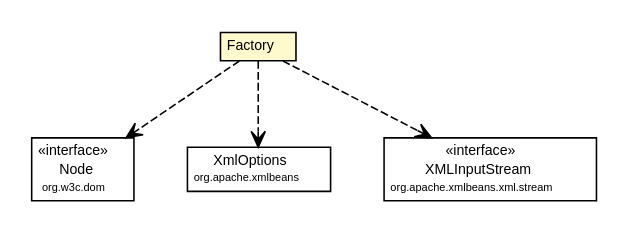
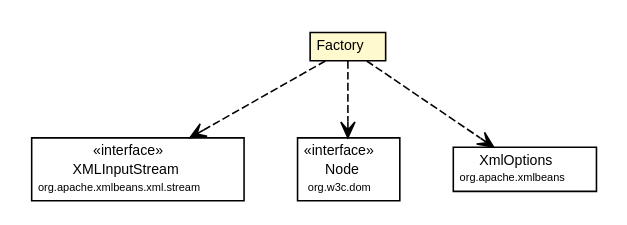
Before and after one commit to synchronoss/cpo-api: the diagram in site/apidocs/org/synchronoss/cpo/core/cpoCoreMeta/CtFunctionGroup.Factory.dot, drawn with Graphviz. The commit also changed 874 other files, not shown here.

```diff
--- a/site/apidocs/org/synchronoss/cpo/core/cpoCoreMeta/CtFunctionGroup.Factory.dot
+++ b/site/apidocs/org/synchronoss/cpo/core/cpoCoreMeta/CtFunctionGroup.Factory.dot
@@ -1,45 +1,45 @@
 #!/usr/local/bin/dot
 #
 # Class diagram 
 # Generated by UmlGraph version 4.6 (http://www.spinellis.gr/sw/umlgraph)
 #
 
 digraph G {
 	edge [fontname="Helvetica",fontsize=10,labelfontname="Helvetica",labelfontsize=10];
 	node [fontname="Helvetica",fontsize=10,shape=plaintext];
 	// org.synchronoss.cpo.core.cpoCoreMeta.CtFunctionGroup.Factory
 	c24194 [label=<<table border="0" cellborder="1" cellspacing="0" cellpadding="2" port="p" bgcolor="lemonChiffon" href="./CtFunctionGroup.Factory.html">
 		<tr><td><table border="0" cellspacing="0" cellpadding="1">
 			<tr><td> Factory </td></tr>
 		</table></td></tr>
 		</table>>, fontname="Helvetica", fontcolor="black", fontsize=9.0];
+	// org.synchronoss.cpo.core.cpoCoreMeta.CtFunctionGroup.Factory DEPEND org.apache.xmlbeans.xml.stream.XMLInputStream
+	c24194:p -> c24333:p [taillabel="", label="", headlabel="", fontname="Helvetica", fontcolor="black", fontsize=10.0, color="black", arrowhead=open, style=dashed];
 	// org.synchronoss.cpo.core.cpoCoreMeta.CtFunctionGroup.Factory DEPEND org.w3c.dom.Node
-	c24194:p -> c24333:p [taillabel="", label="", headlabel="", fontname="Helvetica", fontcolor="black", fontsize=10.0, color="black", arrowhead=open, style=dashed];
+	c24194:p -> c24334:p [taillabel="", label="", headlabel="", fontname="Helvetica", fontcolor="black", fontsize=10.0, color="black", arrowhead=open, style=dashed];
 	// org.synchronoss.cpo.core.cpoCoreMeta.CtFunctionGroup.Factory DEPEND org.apache.xmlbeans.XmlOptions
-	c24194:p -> c24334:p [taillabel="", label="", headlabel="", fontname="Helvetica", fontcolor="black", fontsize=10.0, color="black", arrowhead=open, style=dashed];
-	// org.synchronoss.cpo.core.cpoCoreMeta.CtFunctionGroup.Factory DEPEND org.apache.xmlbeans.xml.stream.XMLInputStream
 	c24194:p -> c24335:p [taillabel="", label="", headlabel="", fontname="Helvetica", fontcolor="black", fontsize=10.0, color="black", arrowhead=open, style=dashed];
 	// org.apache.xmlbeans.xml.stream.XMLInputStream
-	c24335 [label=<<table border="0" cellborder="1" cellspacing="0" cellpadding="2" port="p" href="http://java.sun.com/j2se/1.4.2/docs/api/org/apache/xmlbeans/xml/stream/XMLInputStream.html">
+	c24333 [label=<<table border="0" cellborder="1" cellspacing="0" cellpadding="2" port="p" href="http://java.sun.com/j2se/1.4.2/docs/api/org/apache/xmlbeans/xml/stream/XMLInputStream.html">
 		<tr><td><table border="0" cellspacing="0" cellpadding="1">
 			<tr><td> &laquo;interface&raquo; </td></tr>
 			<tr><td> XMLInputStream </td></tr>
 			<tr><td><font point-size="7.0"> org.apache.xmlbeans.xml.stream </font></td></tr>
 		</table></td></tr>
 		</table>>, fontname="Helvetica", fontcolor="black", fontsize=9.0];
 	// org.apache.xmlbeans.XmlOptions
-	c24334 [label=<<table border="0" cellborder="1" cellspacing="0" cellpadding="2" port="p" href="http://java.sun.com/j2se/1.4.2/docs/api/org/apache/xmlbeans/XmlOptions.html">
+	c24335 [label=<<table border="0" cellborder="1" cellspacing="0" cellpadding="2" port="p" href="http://java.sun.com/j2se/1.4.2/docs/api/org/apache/xmlbeans/XmlOptions.html">
 		<tr><td><table border="0" cellspacing="0" cellpadding="1">
 			<tr><td> XmlOptions </td></tr>
 			<tr><td><font point-size="7.0"> org.apache.xmlbeans </font></td></tr>
 		</table></td></tr>
 		</table>>, fontname="Helvetica", fontcolor="black", fontsize=9.0];
 	// org.w3c.dom.Node
-	c24333 [label=<<table border="0" cellborder="1" cellspacing="0" cellpadding="2" port="p" href="http://java.sun.com/j2se/1.4.2/docs/api/org/w3c/dom/Node.html">
+	c24334 [label=<<table border="0" cellborder="1" cellspacing="0" cellpadding="2" port="p" href="http://java.sun.com/j2se/1.4.2/docs/api/org/w3c/dom/Node.html">
 		<tr><td><table border="0" cellspacing="0" cellpadding="1">
 			<tr><td> &laquo;interface&raquo; </td></tr>
 			<tr><td> Node </td></tr>
 			<tr><td><font point-size="7.0"> org.w3c.dom </font></td></tr>
 		</table></td></tr>
 		</table>>, fontname="Helvetica", fontcolor="black", fontsize=9.0];
 }
```
